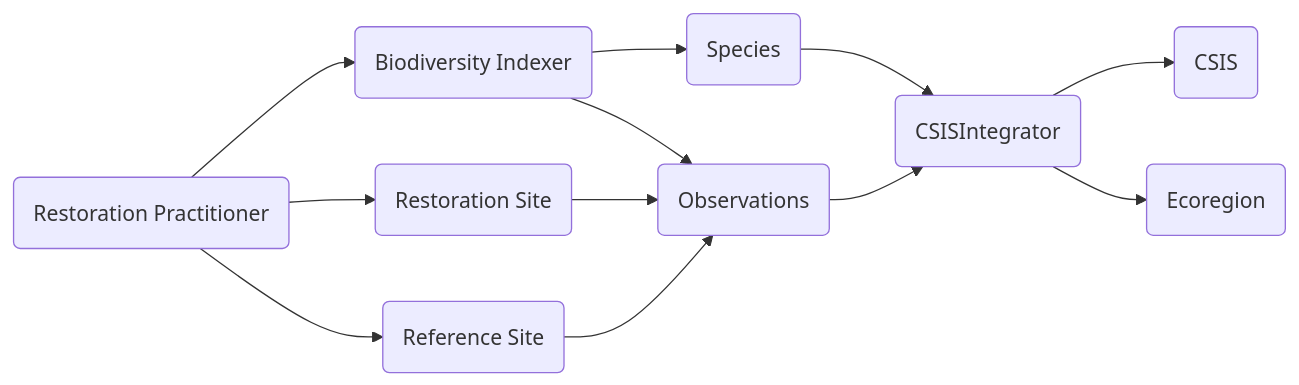
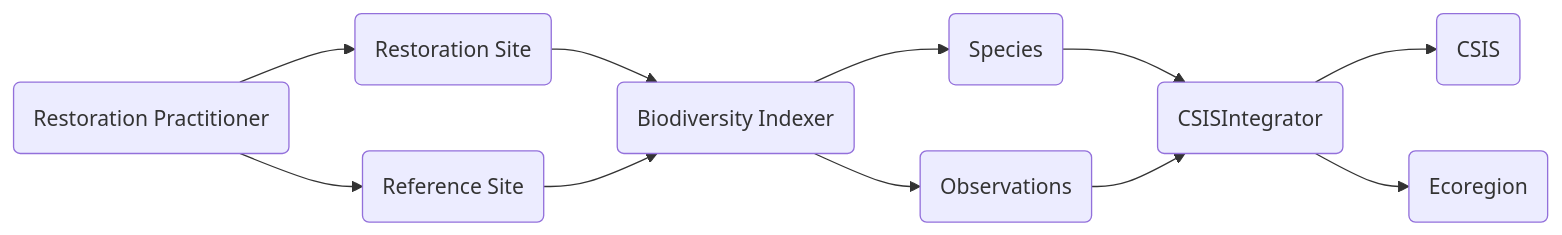
The first of 2 diagrams in README.md (maulikdave-fh/impact), drawn with Mermaid before and after one commit.

Commit message:
change dependencies in context map

````diff
--- a/README.md
+++ b/README.md
@@ -10,18 +10,17 @@
 ```mermaid
     flowchart LR
         RP(Restoration Practitioner)
         BDI(Biodiversity Indexer)
         Species(Species)
         Observations(Observations)
         CSISI(CSISIntegrator)
         CSIS(CSIS)
         Ecoregion(Ecoregion)
         RS(Restoration Site)
         RFS(Reference Site)
         
-        RP --> BDI
-        RP --> RS & RFS --> Observations
+        RP --> RS & RFS --> BDI
         BDI --> Species & Observations
         Species & Observations --> CSISI --> CSIS
         CSISI --> Ecoregion            
 ```
````
